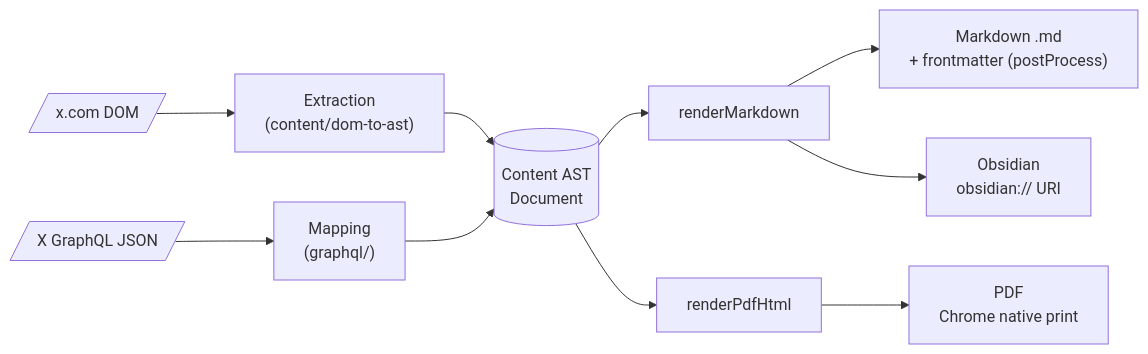
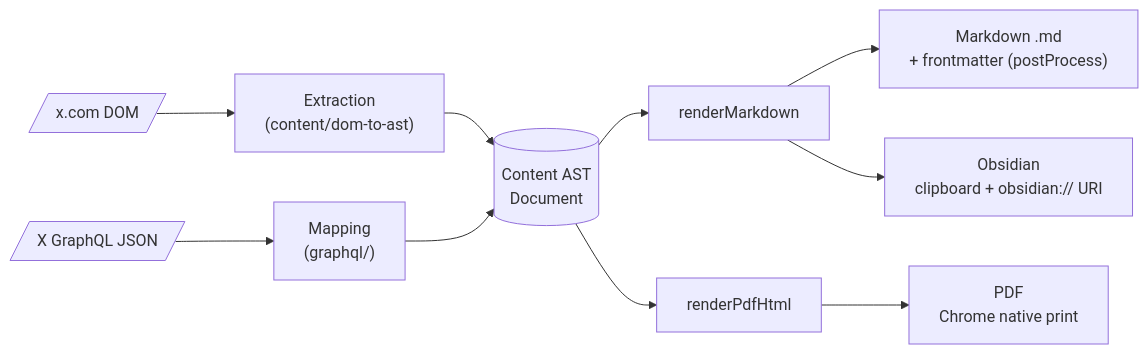
Before and after one commit to zendegani/XClipper: the first of 6 diagrams in docs/architecture.md, drawn with Mermaid. The commit also changed other lines of this file, not shown here.

Commit message:
docs(architecture): describe the clipboard handoff to Obsidian

````diff
--- a/docs/architecture.md
+++ b/docs/architecture.md
@@ -15,12 +15,12 @@
 ```mermaid
 flowchart LR
   DOM[/"x.com DOM"/] --> EX["Extraction<br/>(content/dom-to-ast)"]
   EX --> AST[("Content AST<br/>Document")]
   GQL[/"X GraphQL JSON"/] --> MAP["Mapping<br/>(graphql/)"]
   MAP --> AST
   AST --> RM["renderMarkdown"]
   AST --> RP["renderPdfHtml"]
   RM --> MD["Markdown .md<br/>+ frontmatter (postProcess)"]
-  RM --> OB["Obsidian<br/>obsidian:// URI"]
+  RM --> OB["Obsidian<br/>clipboard + obsidian:// URI"]
   RP --> PDF["PDF<br/>Chrome native print"]
 ```
````
